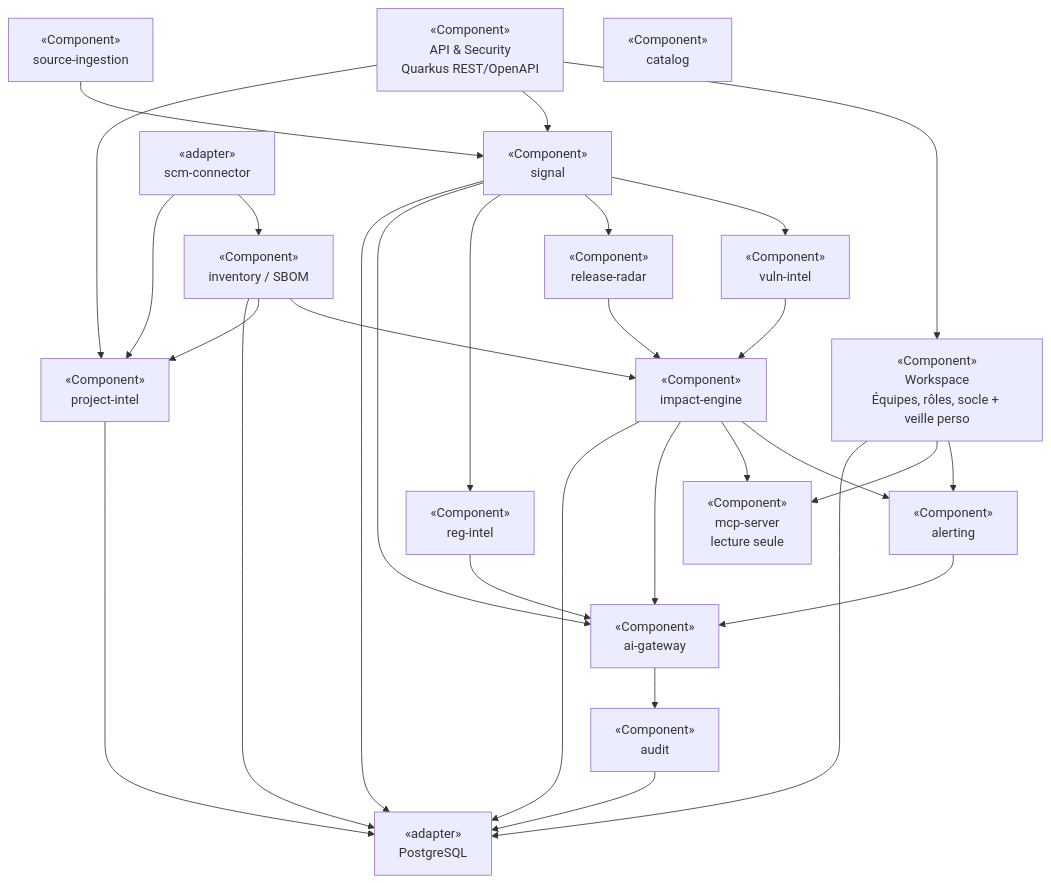
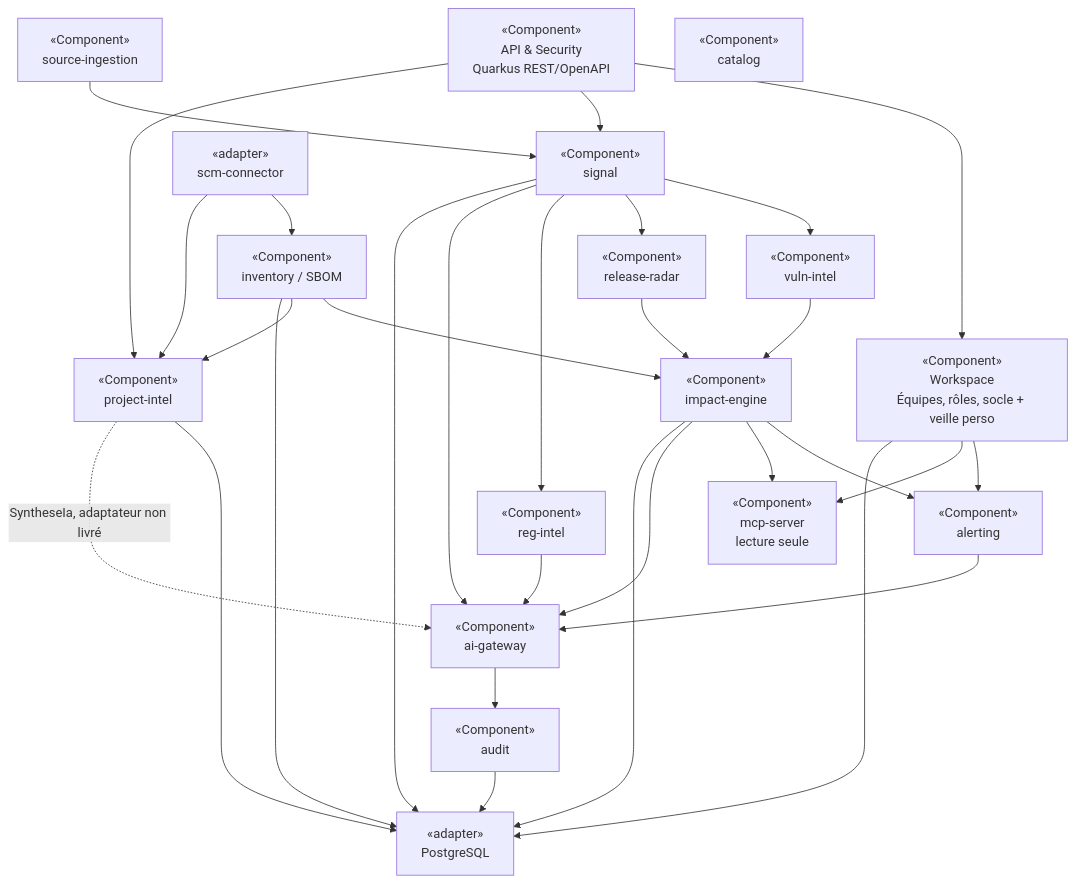
One commit to FTurleque/argos-tech-platform changed the second of 4 diagrams in docs/architecture/arc42/05-vue-blocs.md. Above: the diagram before and after it, drawn with Mermaid. The commit also changed 34 other files, not shown here.

````diff
--- a/docs/architecture/arc42/05-vue-blocs.md
+++ b/docs/architecture/arc42/05-vue-blocs.md
@@ -63,49 +63,50 @@
 ```mermaid
 flowchart TB
     API["«Component»\nAPI & Security\nQuarkus REST/OpenAPI"]
     WORK["«Component»\nWorkspace\nÉquipes, rôles, socle + veille perso"]
     INGEST["«Component»\nsource-ingestion"]
     CATALOG["«Component»\ncatalog"]
     INVENTORY["«Component»\ninventory / SBOM"]
     SIGNAL["«Component»\nsignal"]
     VULN["«Component»\nvuln-intel"]
     RELEASE["«Component»\nrelease-radar"]
     REG["«Component»\nreg-intel"]
     IMPACT["«Component»\nimpact-engine"]
     ALERT["«Component»\nalerting"]
     MCP["«Component»\nmcp-server\nlecture seule"]
     AI["«Component»\nai-gateway"]
     SCM["«adapter»\nscm-connector"]
     PROJ["«Component»\nproject-intel"]
     AUDIT["«Component»\naudit"]
     DB["«adapter»\nPostgreSQL"]
 
     API --> WORK
     API --> SIGNAL
     INGEST --> SIGNAL
     SIGNAL --> VULN
     SIGNAL --> RELEASE
     SIGNAL --> REG
     INVENTORY --> IMPACT
     VULN --> IMPACT
     RELEASE --> IMPACT
     IMPACT --> ALERT
     IMPACT --> MCP
     REG --> AI
     IMPACT --> AI
     ALERT --> AI
     SIGNAL --> AI
     AI --> AUDIT
     SCM --> INVENTORY
     SCM --> PROJ
     INVENTORY --> PROJ
     API --> PROJ
     PROJ --> DB
+    PROJ -.->|SyntheseIa, adaptateur non livré| AI
     WORK --> ALERT
     WORK --> MCP
     WORK --> DB
     SIGNAL --> DB
     INVENTORY --> DB
     IMPACT --> DB
     AUDIT --> DB
 ```
````
